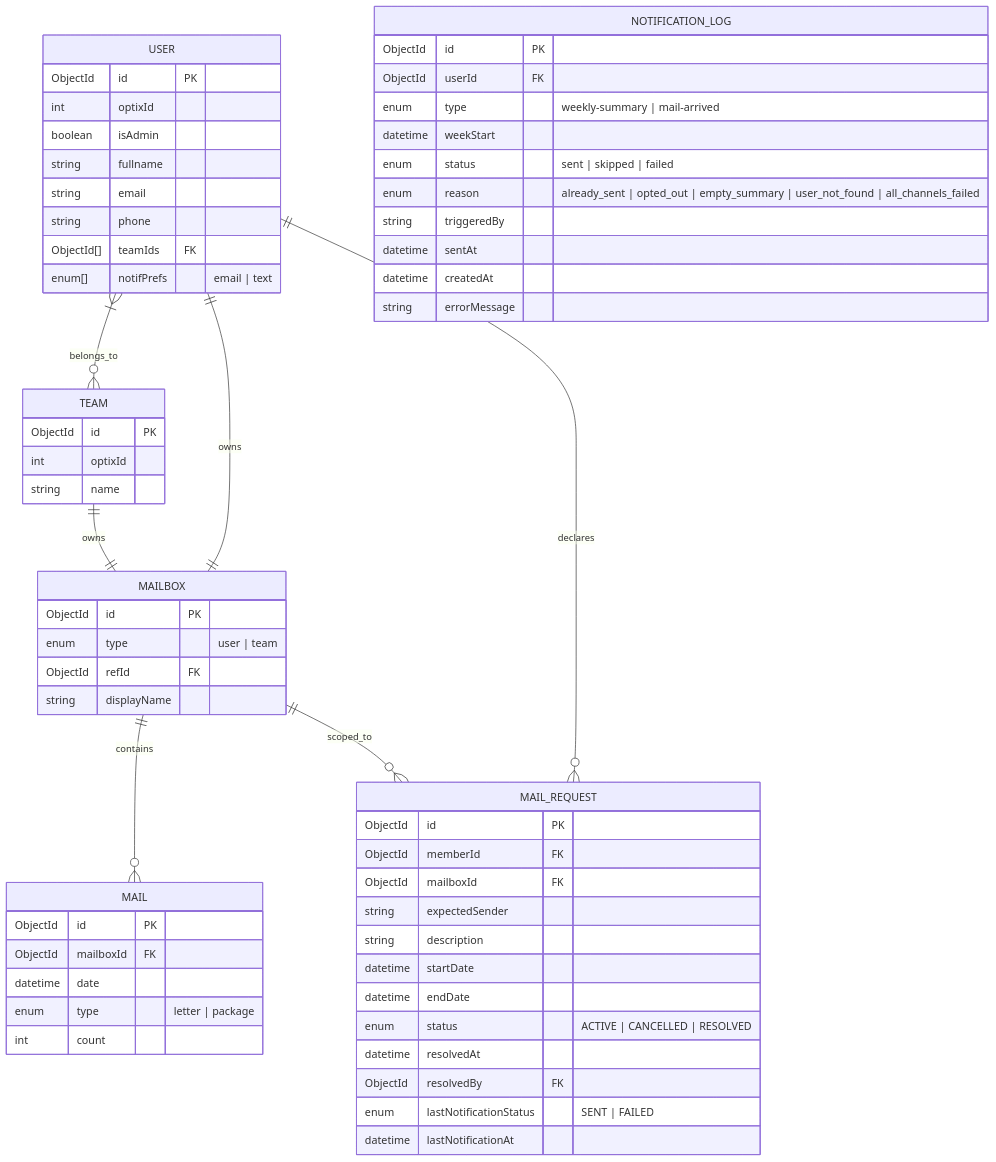
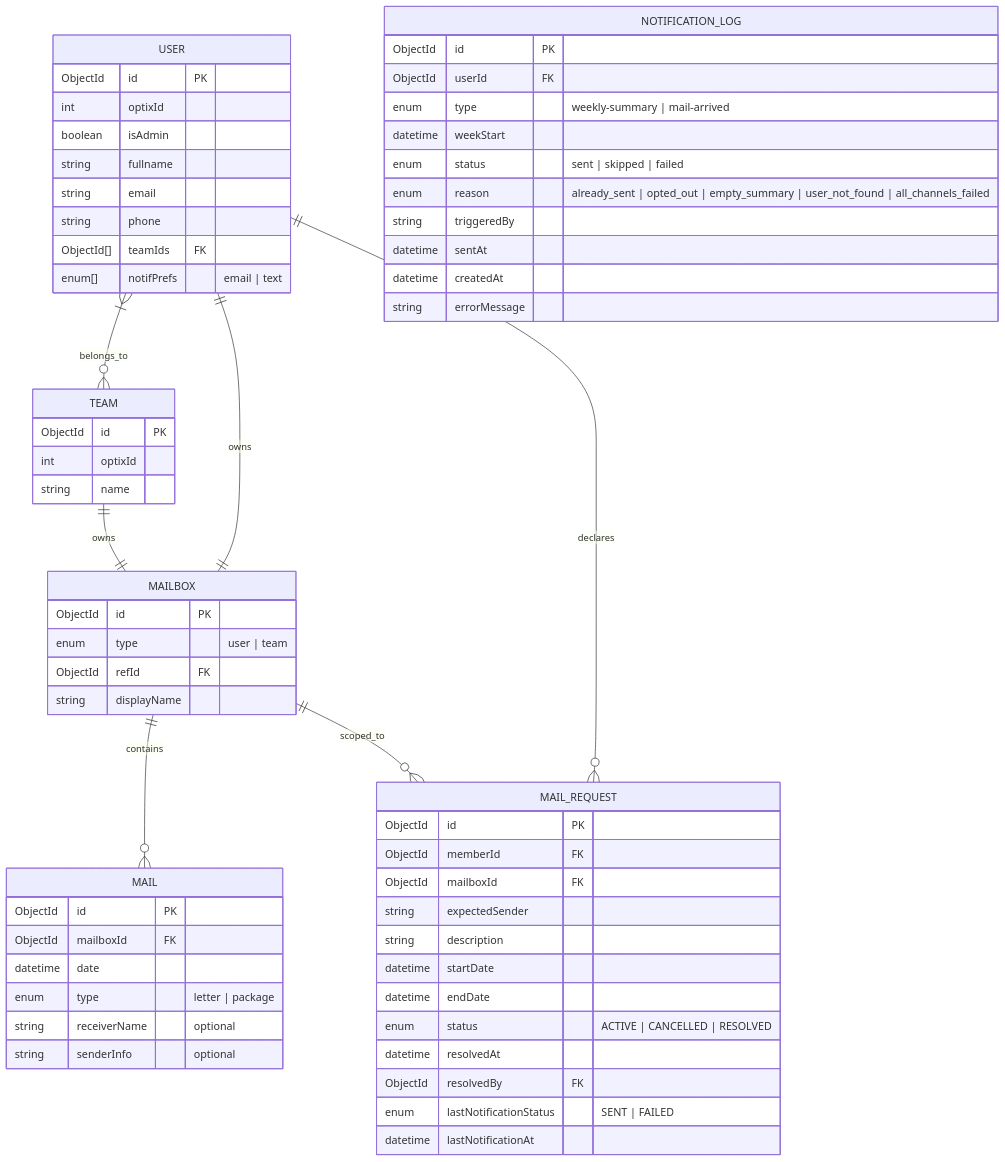
Before and after one commit to CMU-413/avenu: the diagram in docs/01-architecture/diagrams/data-model.mmd, drawn with Mermaid. The commit also changed 28 other files, not shown here.

```diff
--- a/docs/01-architecture/diagrams/data-model.mmd
+++ b/docs/01-architecture/diagrams/data-model.mmd
@@ -1,71 +1,72 @@
 erDiagram
 
     USER {
         ObjectId id PK
         int optixId
         boolean isAdmin
         string fullname
         string email
         string phone
         ObjectId[] teamIds FK
         enum[] notifPrefs "email | text"
     }
 
     TEAM {
         ObjectId id PK
         int optixId
         string name
     }
 
     MAILBOX {
         ObjectId id PK
         enum type "user | team"
         ObjectId refId FK
         string displayName
     }
 
     MAIL {
         ObjectId id PK
         ObjectId mailboxId FK
         datetime date
         enum type "letter | package"
-        int count
+        string receiverName "optional"
+        string senderInfo "optional"
     }
 
     MAIL_REQUEST {
         ObjectId id PK
         ObjectId memberId FK
         ObjectId mailboxId FK
         string expectedSender
         string description
         datetime startDate
         datetime endDate
         enum status "ACTIVE | CANCELLED | RESOLVED"
         datetime resolvedAt
         ObjectId resolvedBy FK
         enum lastNotificationStatus "SENT | FAILED"
         datetime lastNotificationAt
     }
 
     NOTIFICATION_LOG {
         ObjectId id PK
         ObjectId userId FK
         enum type "weekly-summary | mail-arrived"
         datetime weekStart
         enum status "sent | skipped | failed"
         enum reason "already_sent | opted_out | empty_summary | user_not_found | all_channels_failed"
         string triggeredBy
         datetime sentAt
         datetime createdAt
         string errorMessage
     }
 
     %% Relationships
     USER }|--o{ TEAM : belongs_to
 
     USER ||--|| MAILBOX : owns
     TEAM ||--|| MAILBOX : owns
 
     MAILBOX ||--o{ MAIL : contains
     USER ||--o{ MAIL_REQUEST : declares
     MAILBOX ||--o{ MAIL_REQUEST : scoped_to
```
